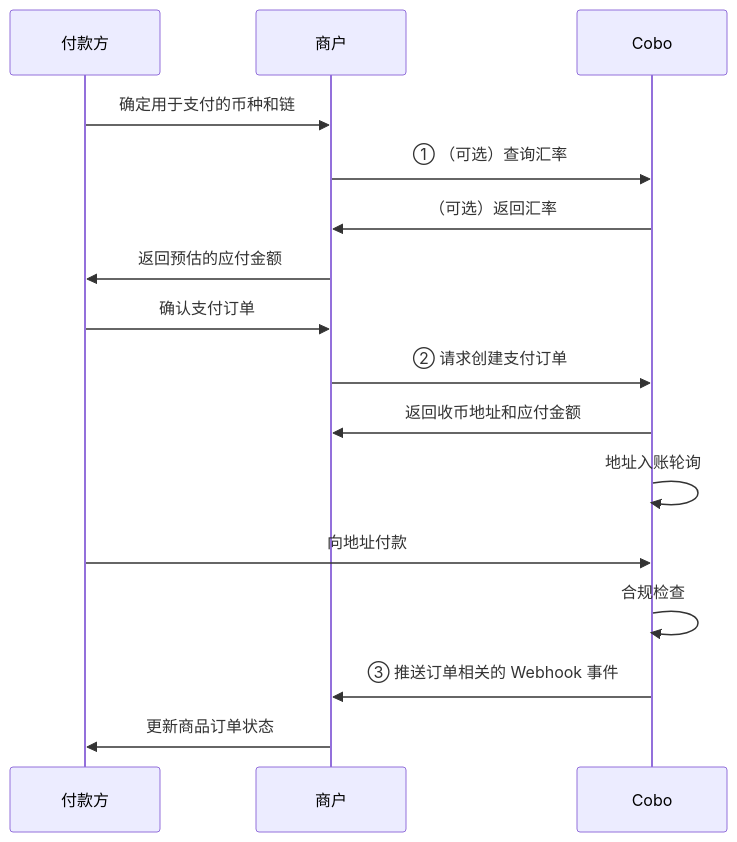
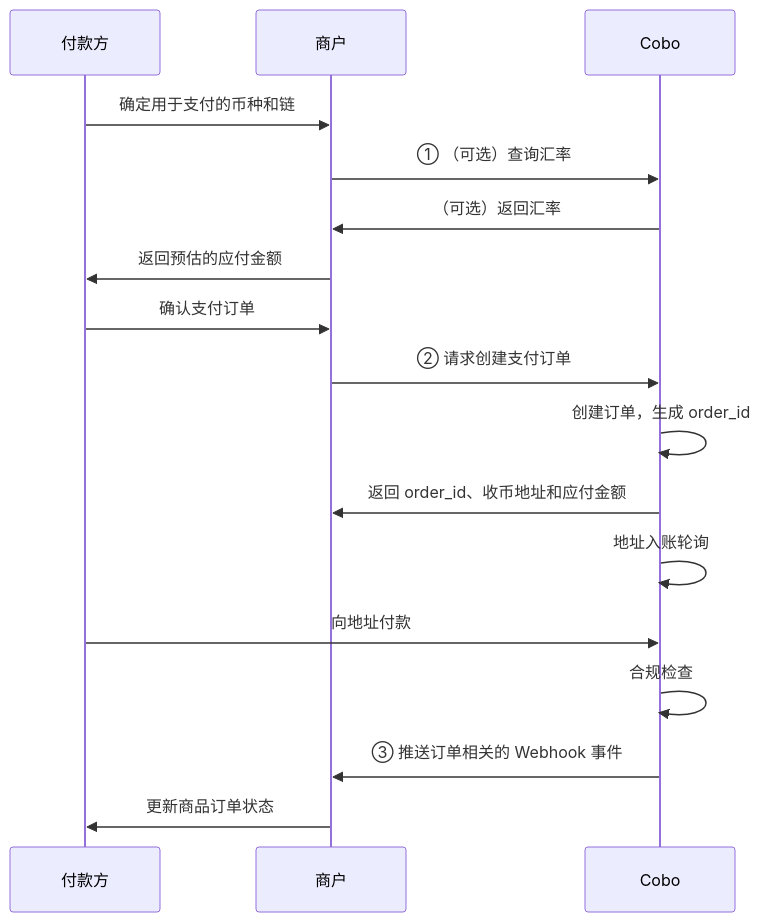
One commit to CoboGlobal/payments-manual changed the first of 2 diagrams in payments/cn/guides/create-orders.mdx. Above: the diagram before and after it, drawn with Mermaid. The commit also changed other lines of this file and 3 other files, not shown here.

````diff
--- a/payments/cn/guides/create-orders.mdx
+++ b/payments/cn/guides/create-orders.mdx
@@ -36,18 +36,19 @@
     ```mermaid
     sequenceDiagram
         participant 付款方
         participant 商户
         participant Cobo
         付款方 ->> 商户: 确定用于支付的币种和链
         商户 ->> Cobo: ① （可选）查询汇率
         Cobo ->> 商户: （可选）返回汇率
         商户 ->> 付款方: 返回预估的应付金额
         付款方 ->> 商户: 确认支付订单
         商户 ->> Cobo: ② 请求创建支付订单
-        Cobo ->> 商户: 返回收币地址和应付金额
+        Cobo ->> Cobo: 创建订单，生成 order_id
+        Cobo ->> 商户: 返回 order_id、收币地址和应付金额
         Cobo ->> Cobo: 地址入账轮询
         付款方 ->> Cobo: 向地址付款
         Cobo ->> Cobo: 合规检查
         Cobo ->> 商户: ③ 推送订单相关的 Webhook 事件
         商户 ->> 付款方: 更新商品订单状态
     ```
````
